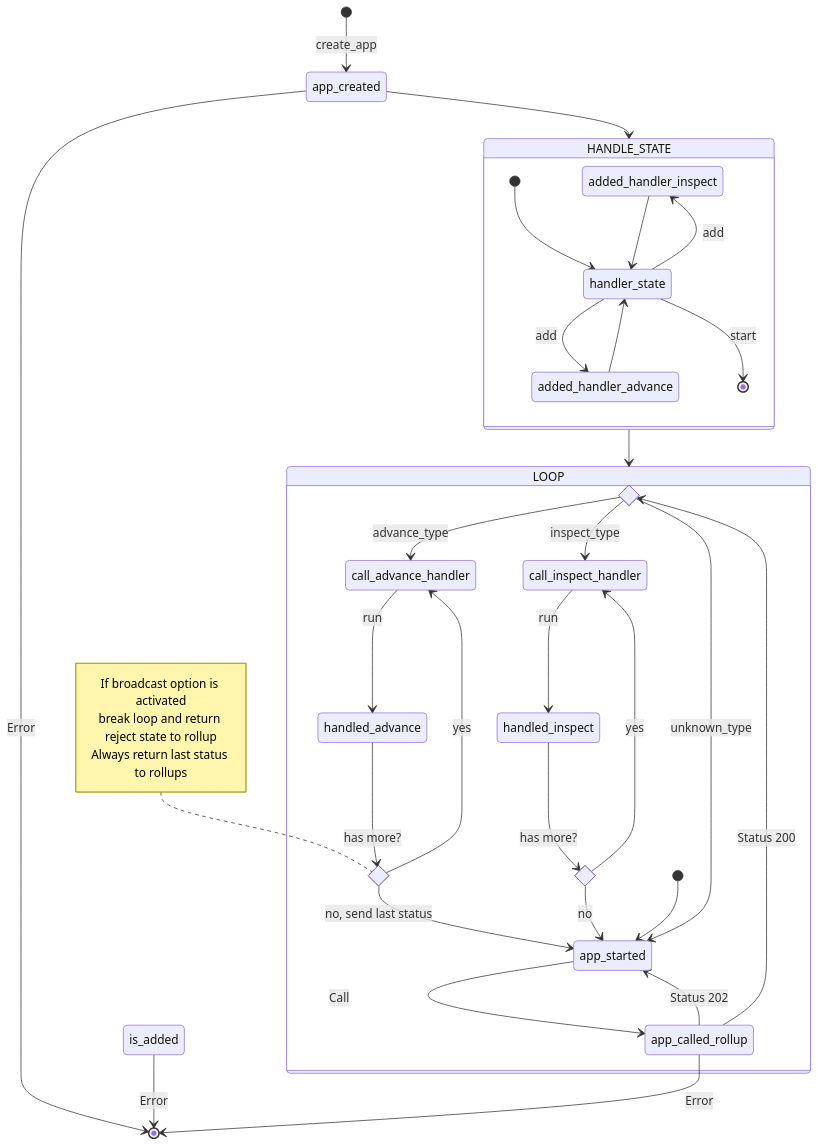
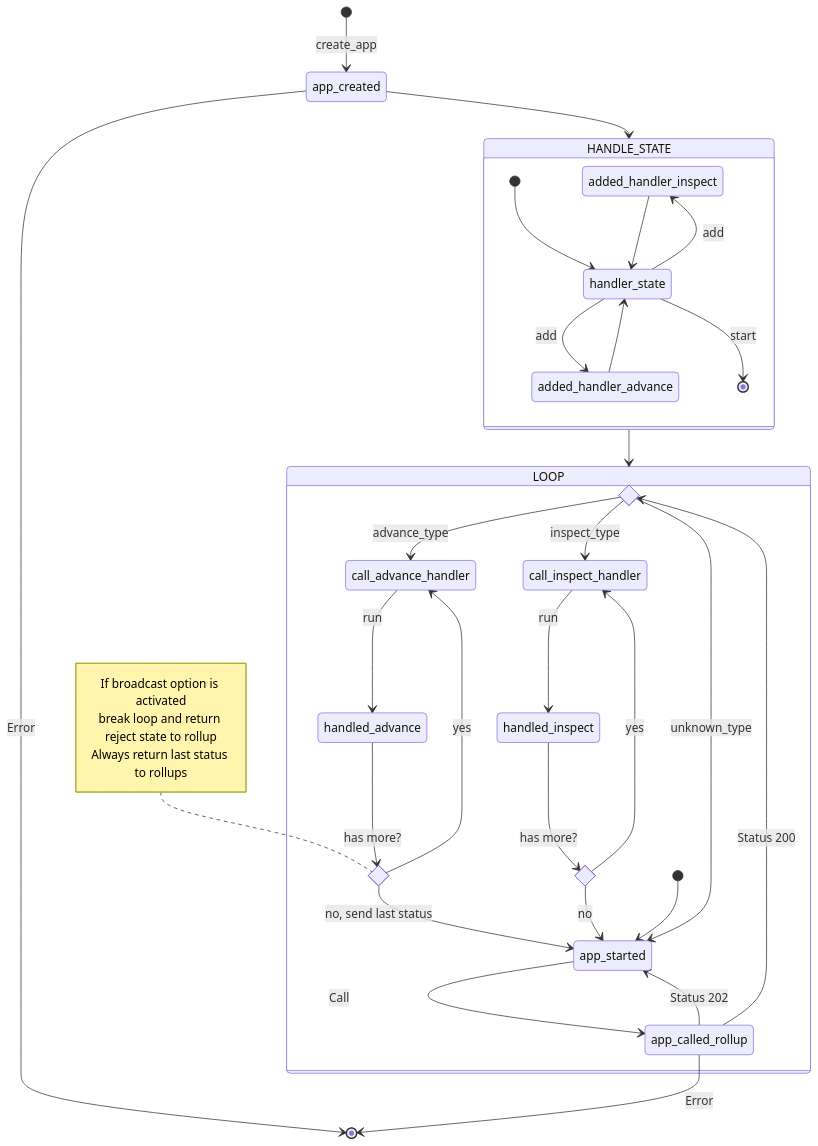
Before and after one commit to Calindra/deroll: the diagram in README.md, drawn with Mermaid.

````diff
--- a/README.md
+++ b/README.md
@@ -141,70 +141,69 @@
 ```mermaid
 stateDiagram-v2
     direction TB
     A: app_created
 
     E: added_handler_inspect
     F: added_handler_advance
 
     state request_type <<choice>>
     state has_handler_inspect <<choice>>
     state has_handler_advanced <<choice>>
     
     G: app_started
     C: app_called_rollup
 
     ADH: call_advance_handler
     INH: call_inspect_handler
 
     X: handler_state
 
     state HANDLE_STATE {
         [*] --> X
 
         X --> F: add
         X --> E: add
 
         E --> X
         F --> X
         
         X --> [*]: start
     }
 
     state LOOP {
         [*] --> G
         G --> C : Call
         C --> request_type : Status 200
         C --> G: Status 202
 
         request_type --> ADH: advance_type
         request_type --> INH: inspect_type
         request_type --> G: unknown_type
 
         INH --> handled_inspect: run
         ADH --> handled_advance: run
 
         handled_inspect --> has_handler_inspect : has more?
         handled_advance --> has_handler_advanced : has more?
 
         has_handler_inspect --> INH: yes
         has_handler_inspect --> G: no
         
         has_handler_advanced --> ADH: yes
         has_handler_advanced --> G: no, send last status
 
         note left of has_handler_advanced
         If broadcast option is activated
         break loop and return reject state to rollup
         Always return last status to rollups
         end note
     }
 
     [*] --> A : create_app
     A --> HANDLE_STATE
     HANDLE_STATE --> LOOP
 
 
     A --> [*] : Error
     C --> [*] : Error
-    is_added --> [*]: Error
 ```
````
